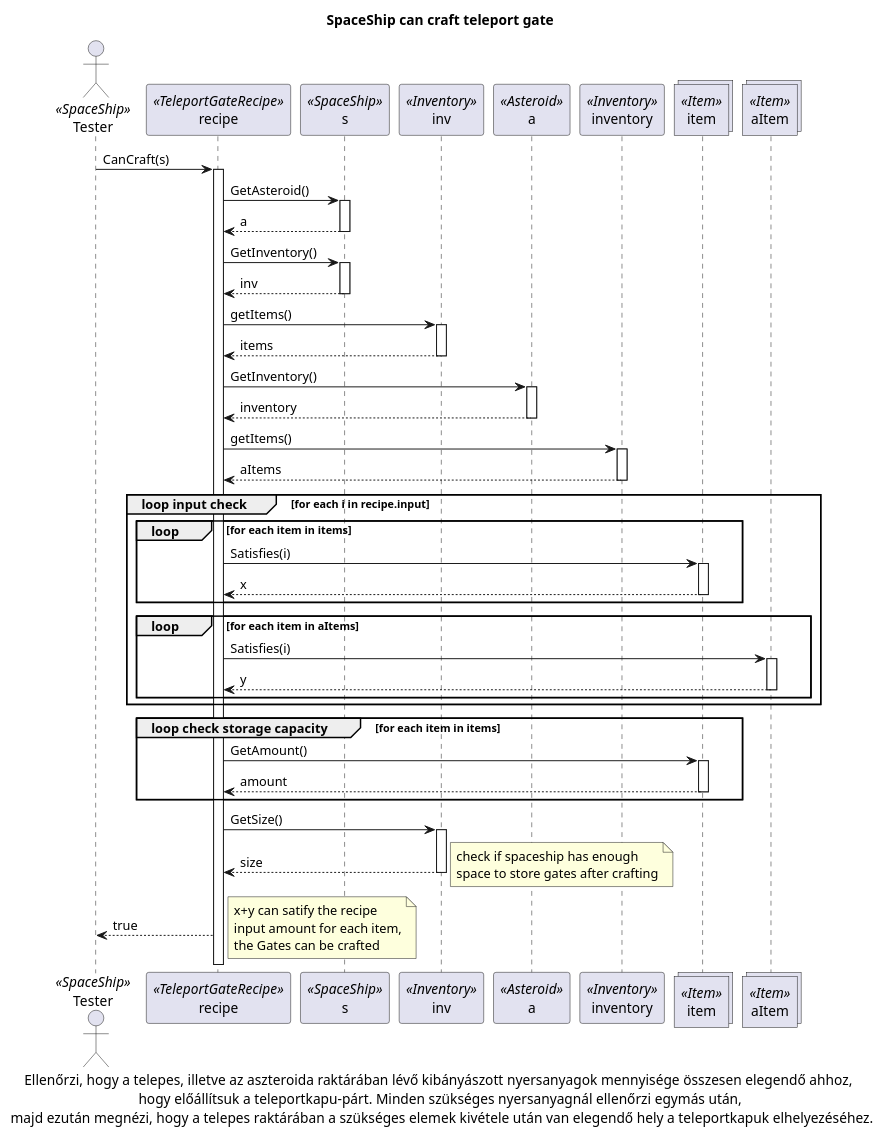
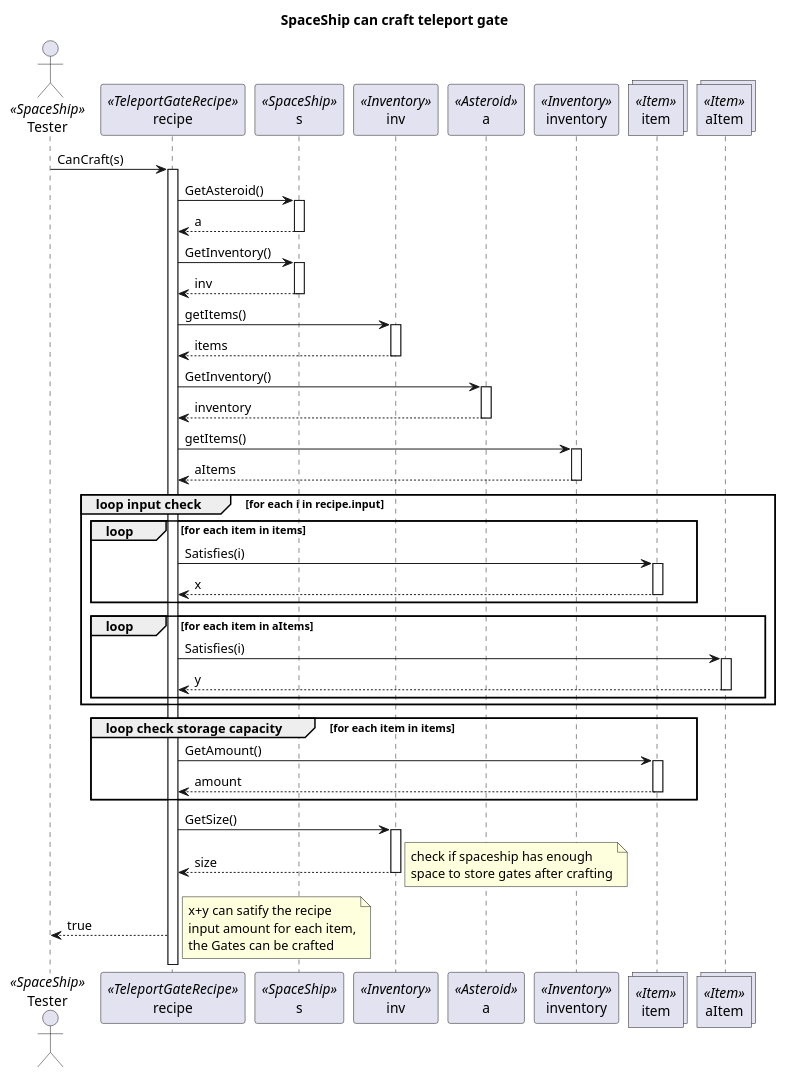
Before and after one commit to viseguard-studios/Documentation: the diagram in docs/Skeleton/diagrams/Craft_teleport_gate/sequence/2.Possible_to_craft_gate.puml, drawn with PlantUML. The commit also changed 14 other files, not shown here.

Commit message:
update uml

```diff
--- a/docs/Skeleton/diagrams/Craft_teleport_gate/sequence/2.Possible_to_craft_gate.puml
+++ b/docs/Skeleton/diagrams/Craft_teleport_gate/sequence/2.Possible_to_craft_gate.puml
@@ -1,67 +1,67 @@
 @startuml
 actor Tester as Tester <<SpaceShip>>
 participant recipe as recipe <<TeleportGateRecipe>>
 participant s as s <<SpaceShip>>
 participant inv as inv <<Inventory>>
 participant a as a <<Asteroid>>
 participant inventory as inventory <<Inventory>>
 collections item as item <<Item>>
 collections aItem as aItem <<Item>>
 
 title SpaceShip can craft teleport gate
 
 Tester-> recipe++: CanCraft(s)
 recipe -> s++: GetAsteroid()
 
 s --> recipe--: a
 recipe -> s++: GetInventory()
 
 s --> recipe--: inv
 
 recipe -> inv++: getItems()
 inv --> recipe--: items
 
 recipe -> a++: GetInventory()
 a --> recipe--: inventory
 
 recipe -> inventory++: getItems()
 inventory --> recipe--: aItems
 
 group loop input check[for each i in recipe.input]
 
     group loop [for each item in items]
         recipe -> item++: Satisfies(i)
         item --> recipe--: x
     end
 
     group loop [for each item in aItems]
         recipe -> aItem++: Satisfies(i)
         aItem --> recipe--: y
     end
 end
 
 group loop check storage capacity [for each item in items]
 recipe -> item++: GetAmount()
 item-->recipe--: amount
 end
 
 recipe -> inv++: GetSize()
 inv-->recipe--: size
 
 note right
 check if spaceship has enough
 space to store gates after crafting
 end note
 
 recipe --> Tester: true
 
 note right
 x+y can satify the recipe
 input amount for each item,
 the Gates can be crafted
 end note
 
-caption  Ellenőrzi, hogy a telepes, illetve az aszteroida raktárában lévő kibányászott nyersanyagok mennyisége összesen elegendő ahhoz, \n hogy előállítsuk a teleportkapu-párt. Minden szükséges nyersanyagnál ellenőrzi egymás után, \n majd ezután megnézi, hogy a telepes raktárában a szükséges elemek kivétele után van elegendő hely a teleportkapuk elhelyezéséhez. 
+
 
 
 @enduml
```
